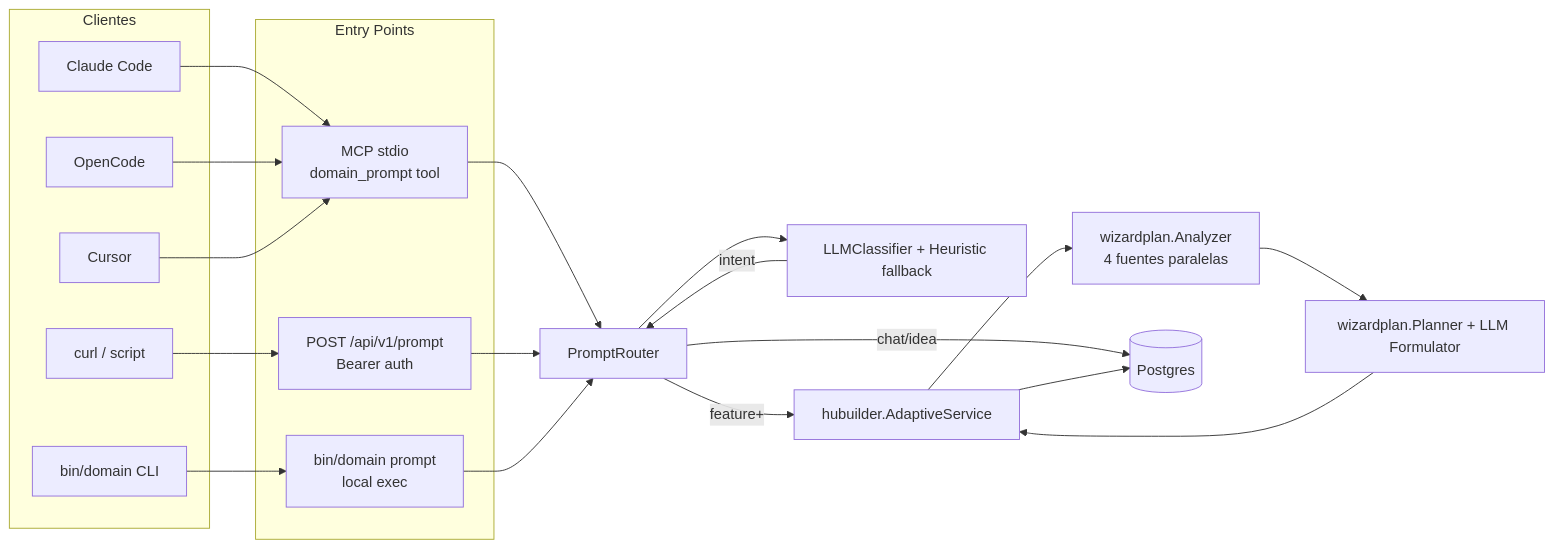
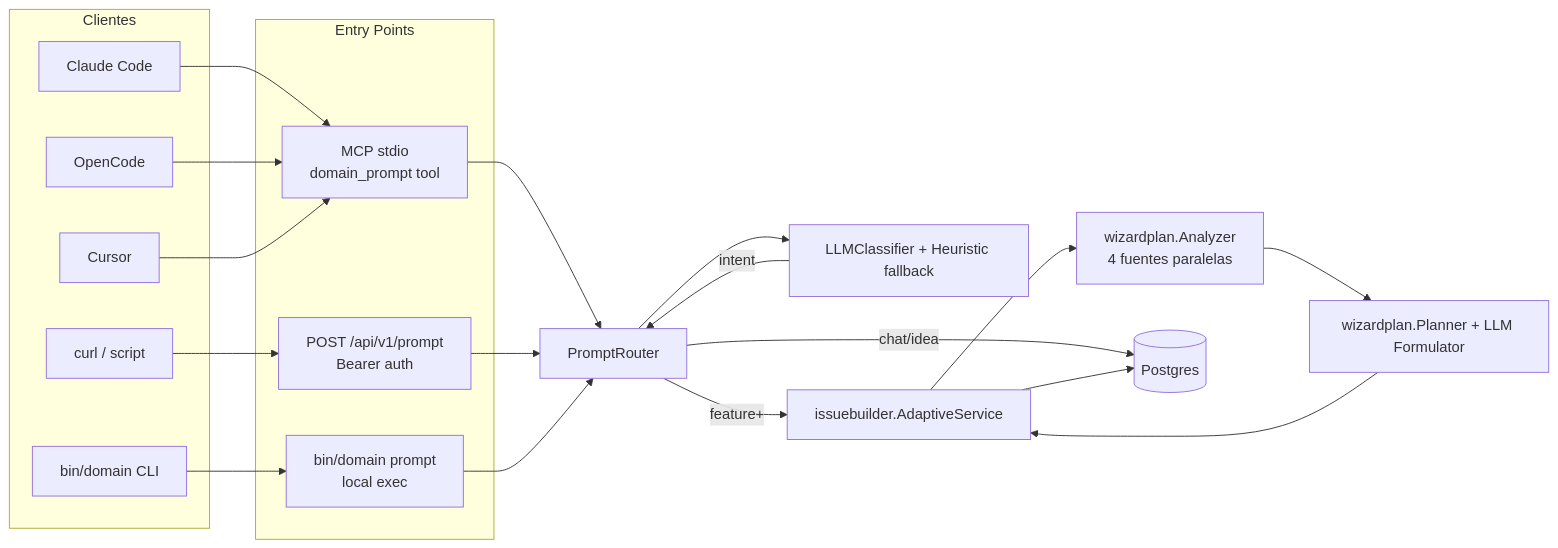
One commit to nunezlagos/domain changed the second of 3 diagrams in docs/flows/00-setup-plugplay.md. Above: the diagram before and after it, drawn with Mermaid. The commit also changed other lines of this file and 2368 other files, not shown here.

````diff
--- a/docs/flows/00-setup-plugplay.md
+++ b/docs/flows/00-setup-plugplay.md
@@ -71,42 +71,42 @@
 ```mermaid
 flowchart LR
     subgraph clients[Clientes]
         CC[Claude Code]
         OC[OpenCode]
         CU[Cursor]
         SH[curl / script]
         CLI[bin/domain CLI]
     end
 
     subgraph entry[Entry Points]
         STDIO[MCP stdio<br/>domain_prompt tool]
         HTTP[POST /api/v1/prompt<br/>Bearer auth]
         DIRECT[bin/domain prompt<br/>local exec]
     end
 
     Router[PromptRouter]
     Classifier[LLMClassifier + Heuristic fallback]
     Analyzer[wizardplan.Analyzer<br/>4 fuentes paralelas]
     Planner[wizardplan.Planner + LLM Formulator]
-    Wizard[hubuilder.AdaptiveService]
+    Wizard[issuebuilder.AdaptiveService]
     BD[(Postgres)]
 
     CC --> STDIO
     OC --> STDIO
     CU --> STDIO
     SH --> HTTP
     CLI --> DIRECT
 
     STDIO --> Router
     HTTP --> Router
     DIRECT --> Router
 
     Router --> Classifier
     Classifier -->|intent| Router
     Router -->|chat/idea| BD
     Router -->|feature+| Wizard
     Wizard --> Analyzer
     Analyzer --> Planner
     Planner --> Wizard
     Wizard --> BD
 ```
````
